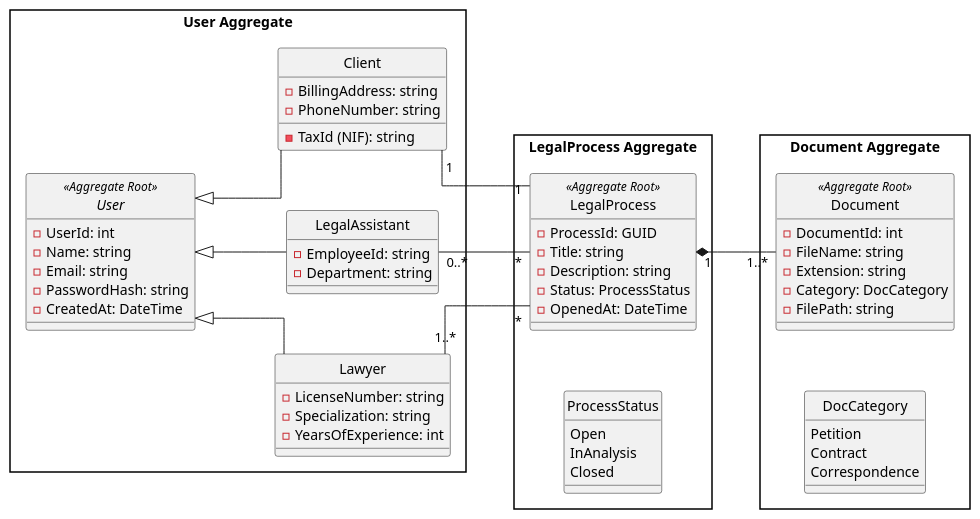
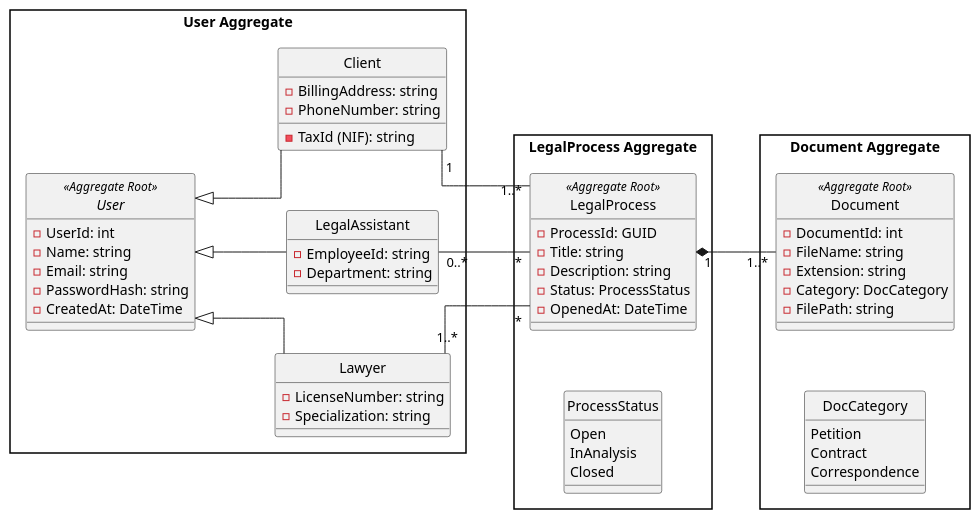
One commit to mei-desofs/desofs2026-wed_pbs_5-2 changed the diagram in Documentation/Analysis/domain_model.plantuml. Above: the diagram before and after it, drawn with PlantUML. The commit also changed 3 other files, not shown here.

```diff
--- a/Documentation/Analysis/domain_model.plantuml
+++ b/Documentation/Analysis/domain_model.plantuml
@@ -1,83 +1,82 @@
 @startuml
 ' Configurações de Layout para evitar sobreposição de setas
 skinparam style strictuml
 skinparam packageStyle rectangle
 skinparam linetype ortho
 skinparam nodesep 60
 skinparam ranksep 80
 
 ' Forçar a leitura da esquerda para a direita
 left to right direction
 
 package "User Aggregate" {
     abstract class User <<Aggregate Root>> {
         - UserId: int
         - Name: string
         - Email: string
         - PasswordHash: string
         - CreatedAt: DateTime
     }
 
     class Lawyer {
         - LicenseNumber: string
         - Specialization: string
-        - YearsOfExperience: int
     }
 
     class LegalAssistant {
         - EmployeeId: string
         - Department: string
     }
 
     class Client {
         - TaxId (NIF): string
         - BillingAddress: string
         - PhoneNumber: string
     }
 
     ' Herança
     User <|-- Lawyer
     User <|-- LegalAssistant
     User <|-- Client
 }
 
 package "LegalProcess Aggregate" {
     class LegalProcess <<Aggregate Root>> {
         - ProcessId: GUID
         - Title: string
         - Description: string
         - Status: ProcessStatus
         - OpenedAt: DateTime
     }
 
     enum ProcessStatus {
         Open
         InAnalysis
         Closed
     }
 }
 
 package "Document Aggregate" {
     class Document <<Aggregate Root>> {
         - DocumentId: int
         - FileName: string
         - Extension: string
         - Category: DocCategory
         - FilePath: string
     }
 
     enum DocCategory {
         Petition
         Contract
         Correspondence
     }
 }
 
 ' Relações de Domínio reescritas para fluir da esquerda para a direita
-Client "1" -- "1" LegalProcess
+Client "1" -- "1..*" LegalProcess
 Lawyer "1..*" -- "*" LegalProcess
 LegalAssistant "0..*" -- "*" LegalProcess
 
 LegalProcess "1" *-- "1..*" Document
 
 @enduml
```
